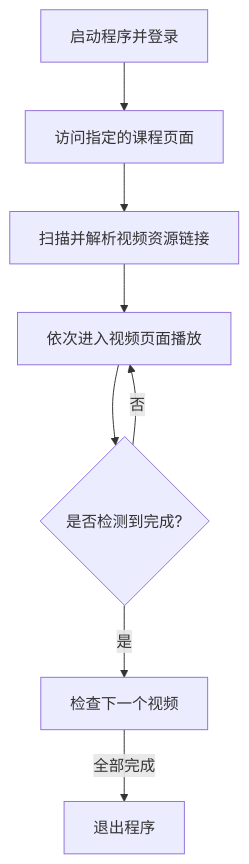
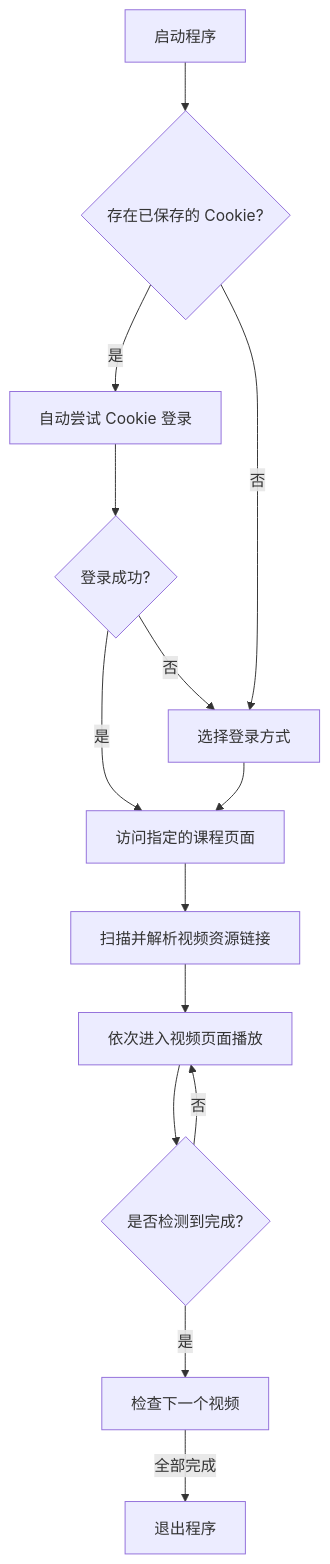
The diagram in README.md (YewFence/fly_vedio_assignment_away), drawn with Mermaid before and after one commit. The commit also changed other lines of this file and 11 other files, not shown here.

````diff
--- a/README.md
+++ b/README.md
@@ -100,10 +129,16 @@
 ```mermaid
 graph TD
-    A[启动程序并登录] --> B[访问指定的课程页面]
-    B --> C[扫描并解析视频资源链接]
-    C --> D[依次进入视频页面播放]
-    D --> E{是否检测到完成?}
-    E -- 否 --> D
-    E -- 是 --> F[检查下一个视频]
-    F -- 全部完成 --> G[退出程序]
+    A[启动程序] --> B{存在已保存的 Cookie?}
+    B -- 是 --> C[自动尝试 Cookie 登录]
+    C --> D{登录成功?}
+    D -- 是 --> F[访问指定的课程页面]
+    D -- 否 --> E[选择登录方式]
+    B -- 否 --> E
+    E --> F
+    F --> G[扫描并解析视频资源链接]
+    G --> H[依次进入视频页面播放]
+    H --> I{是否检测到完成?}
+    I -- 否 --> H
+    I -- 是 --> J[检查下一个视频]
+    J -- 全部完成 --> K[退出程序]
 ```
````
